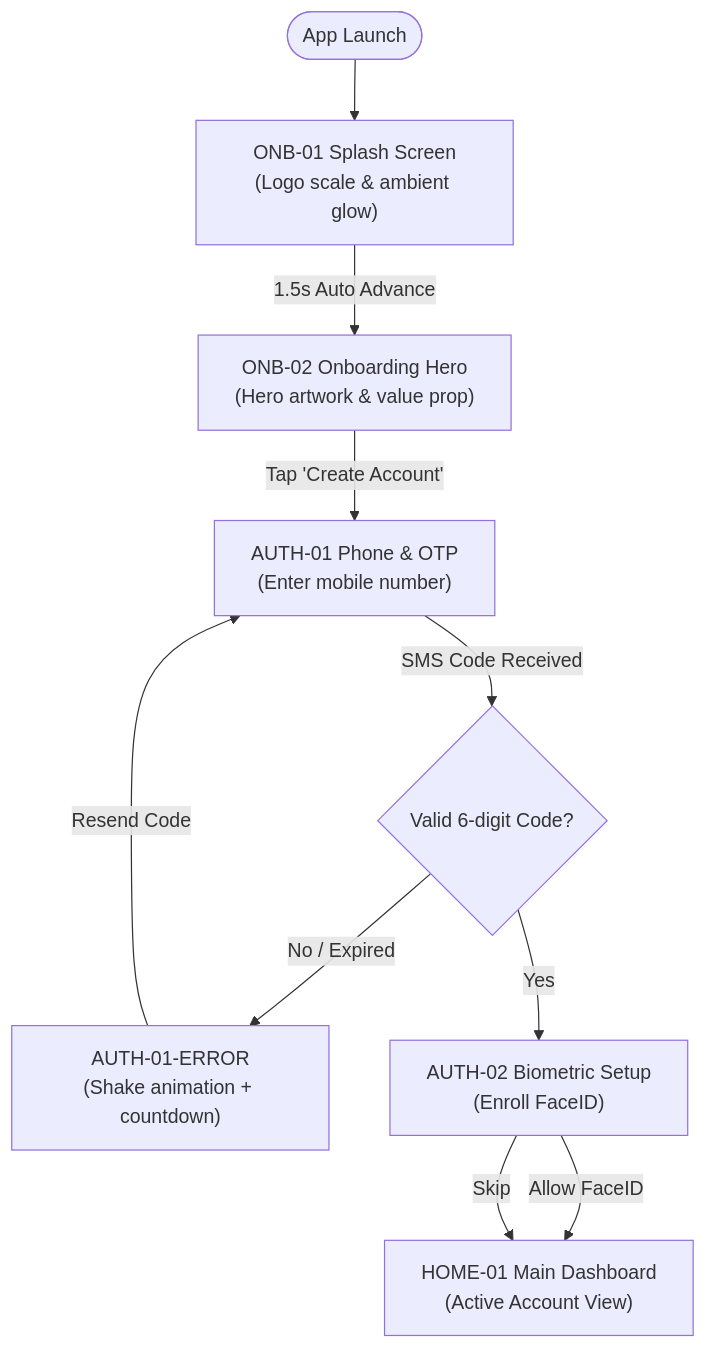
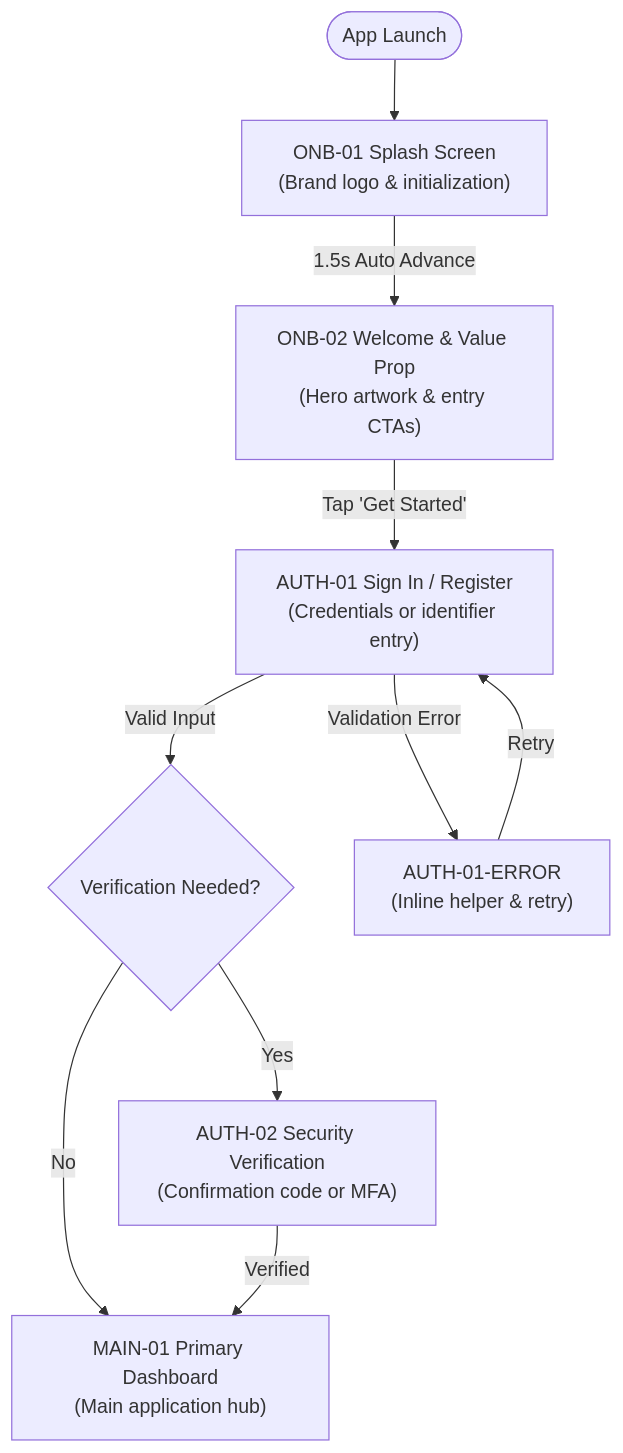
The first of 4 diagrams in projects/PROJECT_TEMPLATE/architecture/USER_FLOWS.md (rik9922/Figma), drawn with Mermaid before and after one commit. The commit also changed other lines of this file and 94 other files, not shown here.

````diff
--- a/projects/PROJECT_TEMPLATE/architecture/USER_FLOWS.md
+++ b/projects/PROJECT_TEMPLATE/architecture/USER_FLOWS.md
@@ -5,12 +5,12 @@
 ```mermaid
 flowchart TD
-    Launch([App Launch]) --> ONB01["ONB-01 Splash Screen\n(Logo scale & ambient glow)"]
-    ONB01 -->|1.5s Auto Advance| ONB02["ONB-02 Onboarding Hero\n(Hero artwork & value prop)"]
-    ONB02 -->|Tap 'Create Account'| AUTH01["AUTH-01 Phone & OTP\n(Enter mobile number)"]
-    AUTH01 -->|SMS Code Received| OTPInput{Valid 6-digit Code?}
-    OTPInput -->|No / Expired| AUTH01ERR["AUTH-01-ERROR\n(Shake animation + countdown)"]
-    AUTH01ERR -->|Resend Code| AUTH01
-    OTPInput -->|Yes| AUTH02["AUTH-02 Biometric Setup\n(Enroll FaceID)"]
-    AUTH02 -->|Allow FaceID| HOME01["HOME-01 Main Dashboard\n(Active Account View)"]
-    AUTH02 -->|Skip| HOME01
+    Launch([App Launch]) --> ONB01["ONB-01 Splash Screen\n(Brand logo & initialization)"]
+    ONB01 -->|1.5s Auto Advance| ONB02["ONB-02 Welcome & Value Prop\n(Hero artwork & entry CTAs)"]
+    ONB02 -->|Tap 'Get Started'| AUTH01["AUTH-01 Sign In / Register\n(Credentials or identifier entry)"]
+    AUTH01 -->|Valid Input| AuthCheck{Verification Needed?}
+    AuthCheck -->|Yes| AUTH02["AUTH-02 Security Verification\n(Confirmation code or MFA)"]
+    AuthCheck -->|No| MAIN01["MAIN-01 Primary Dashboard\n(Main application hub)"]
+    AUTH02 -->|Verified| MAIN01
+    AUTH01 -->|Validation Error| AUTH01ERR["AUTH-01-ERROR\n(Inline helper & retry)"]
+    AUTH01ERR -->|Retry| AUTH01
 ```
````
